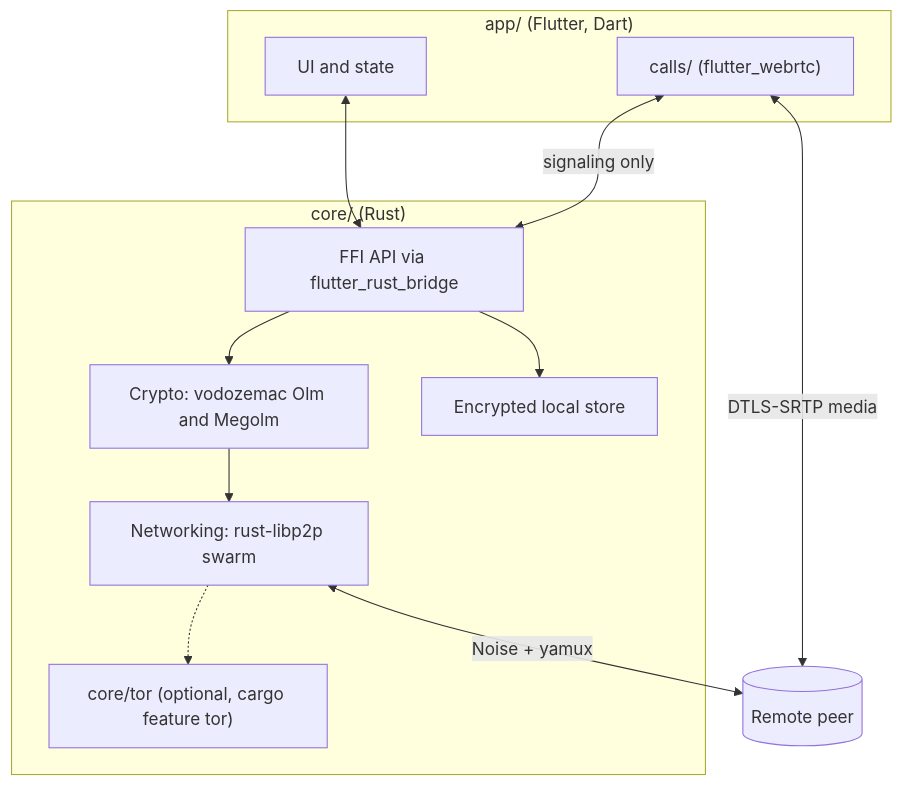
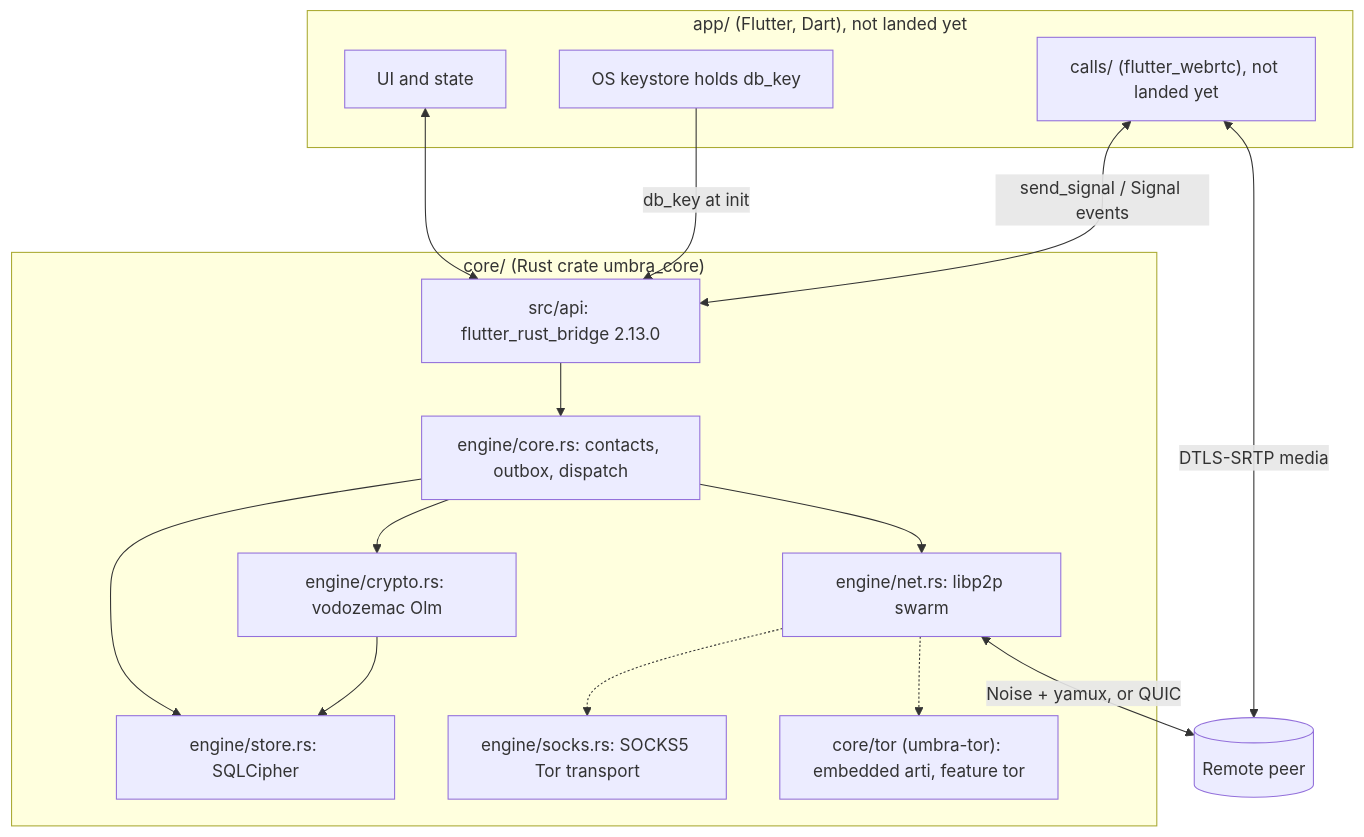
Before and after one commit to FemboyNyx/umbra: the diagram in docs/architecture.md, drawn with Mermaid. The commit also changed other lines of this file and 1 other file, not shown here.

Commit message:
docs: sync architecture and threat model with core (119c53b)

````diff
--- a/docs/architecture.md
+++ b/docs/architecture.md
@@ -16,22 +17,29 @@
 ```mermaid
 flowchart TB
-  subgraph App["app/ (Flutter, Dart)"]
+  subgraph App["app/ (Flutter, Dart), not landed yet"]
     UI[UI and state]
-    Calls["calls/ (flutter_webrtc)"]
+    KS[OS keystore holds db_key]
+    Calls["calls/ (flutter_webrtc), not landed yet"]
   end
-  subgraph Core["core/ (Rust)"]
-    API[FFI API via flutter_rust_bridge]
-    Crypto[Crypto: vodozemac Olm and Megolm]
-    Store[Encrypted local store]
-    Net[Networking: rust-libp2p swarm]
-    Tor["core/tor (optional, cargo feature tor)"]
+  subgraph Core["core/ (Rust crate umbra_core)"]
+    API["src/api: flutter_rust_bridge 2.13.0"]
+    Eng[engine/core.rs: contacts, outbox, dispatch]
+    Crypto[engine/crypto.rs: vodozemac Olm]
+    Store[engine/store.rs: SQLCipher]
+    Net[engine/net.rs: libp2p swarm]
+    Socks[engine/socks.rs: SOCKS5 Tor transport]
+    Tor["core/tor (umbra-tor): embedded arti, feature tor"]
   end
   UI <--> API
-  Calls <-->|signaling only| API
-  API --> Crypto
-  API --> Store
-  Crypto --> Net
+  KS -->|db_key at init| API
+  Calls <-->|send_signal / Signal events| API
+  API --> Eng
+  Eng --> Crypto
+  Eng --> Store
+  Crypto --> Store
+  Eng --> Net
+  Net -.-> Socks
   Net -.-> Tor
   Calls <-->|DTLS-SRTP media| Peer[(Remote peer)]
-  Net <-->|Noise + yamux| Peer
+  Net <-->|Noise + yamux, or QUIC| Peer
 ```
````
